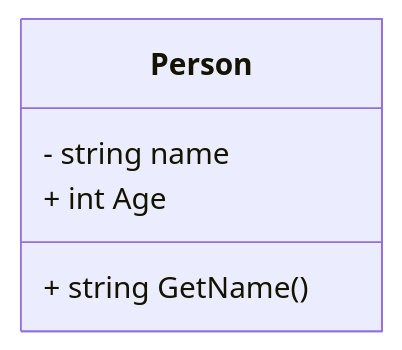
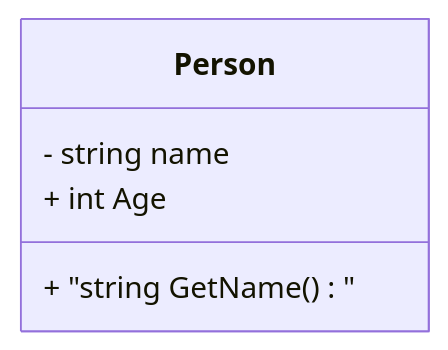
One commit to 42jerrykim/42jerrykim.github.io changed the second of 17 diagrams in content/post/2024/2024-10-16-csharp-object-oriented/index.md. Above: the diagram before and after it, drawn with Mermaid. The commit also changed other lines of this file and 239 other files, not shown here.

````diff
--- a/content/post/2024/2024-10-16-csharp-object-oriented/index.md
+++ b/content/post/2024/2024-10-16-csharp-object-oriented/index.md
@@ -276,8 +191,8 @@
 ```mermaid
 classDiagram
     class Person {
         - string name
         + int Age
-        + string GetName()
+        + "string GetName()"
     }
 ```
````
